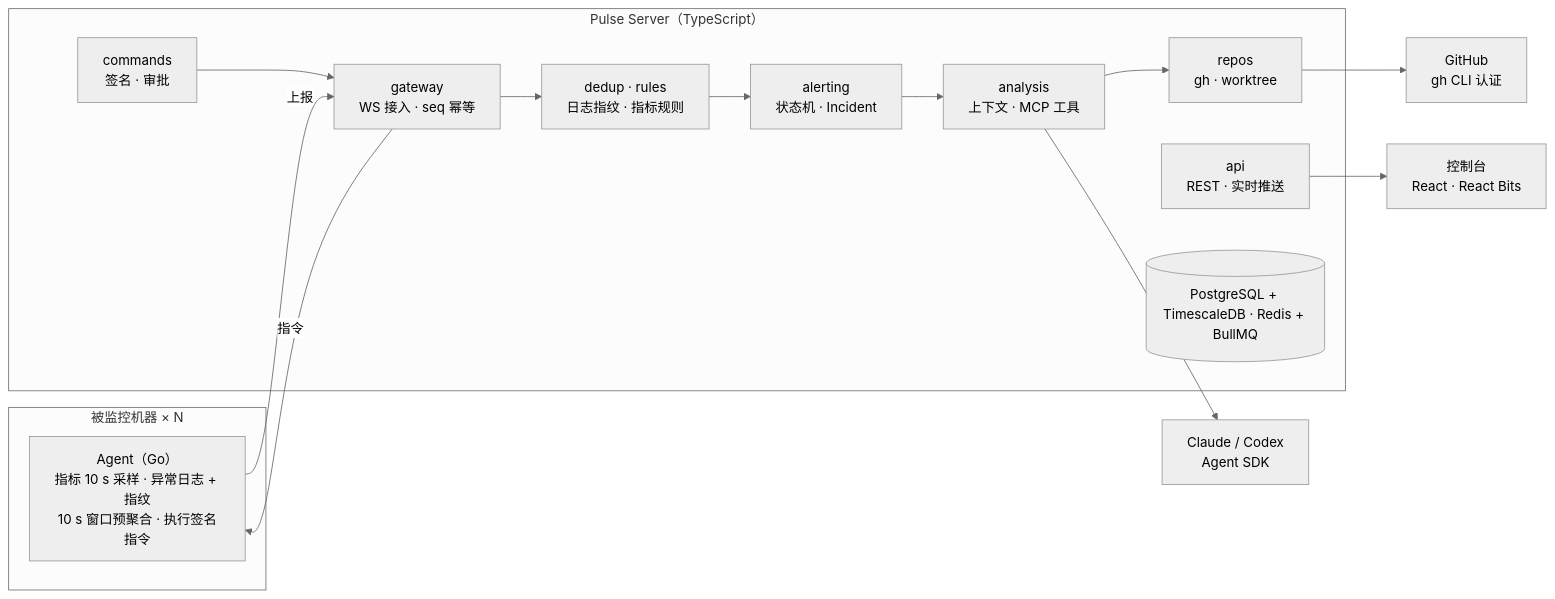
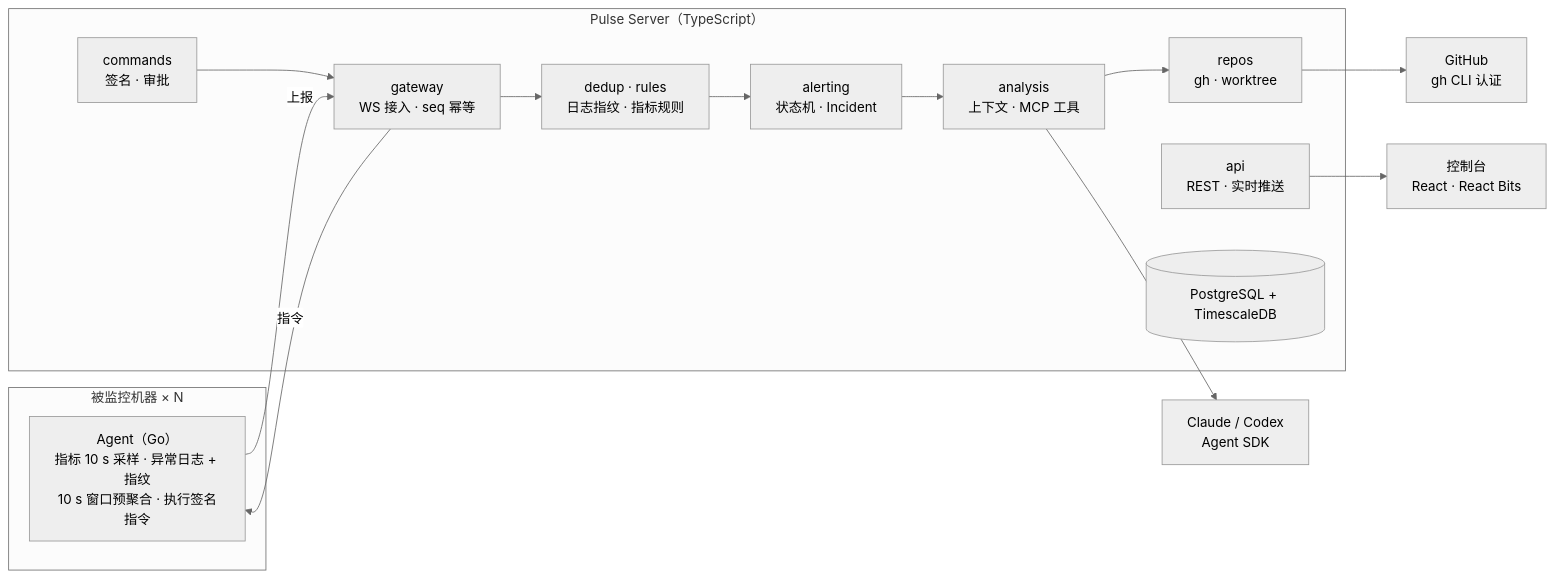
One commit to imythu/pulse changed the first of 2 diagrams in docs/design.md. Above: the diagram before and after it, drawn with Mermaid (neutral theme). The commit also changed other lines of this file and 63 other files, not shown here.

````diff
--- a/docs/design.md
+++ b/docs/design.md
@@ -40,19 +40,19 @@
 ```mermaid
 flowchart LR
   subgraph M[被监控机器 × N]
     A["Agent（Go）<br/>指标 10 s 采样 · 异常日志 + 指纹<br/>10 s 窗口预聚合 · 执行签名指令"]
   end
   subgraph S[Pulse Server（TypeScript）]
     GW[gateway<br/>WS 接入 · seq 幂等] --> DD[dedup · rules<br/>日志指纹 · 指标规则] --> AL[alerting<br/>状态机 · Incident] --> AN[analysis<br/>上下文 · MCP 工具]
     CMD[commands<br/>签名 · 审批] --> GW
     API[api<br/>REST · 实时推送]
     RP[repos<br/>gh · worktree]
     AN --> RP
-    DB[(PostgreSQL + TimescaleDB · Redis + BullMQ)]
+    DB[(PostgreSQL + TimescaleDB)]
   end
   A -- 上报 --> GW
   GW -- 指令 --> A
   API --> UI[控制台<br/>React · React Bits]
   RP --> GH[GitHub<br/>gh CLI 认证]
   AN --> AI[Claude / Codex<br/>Agent SDK]
 ```
````
